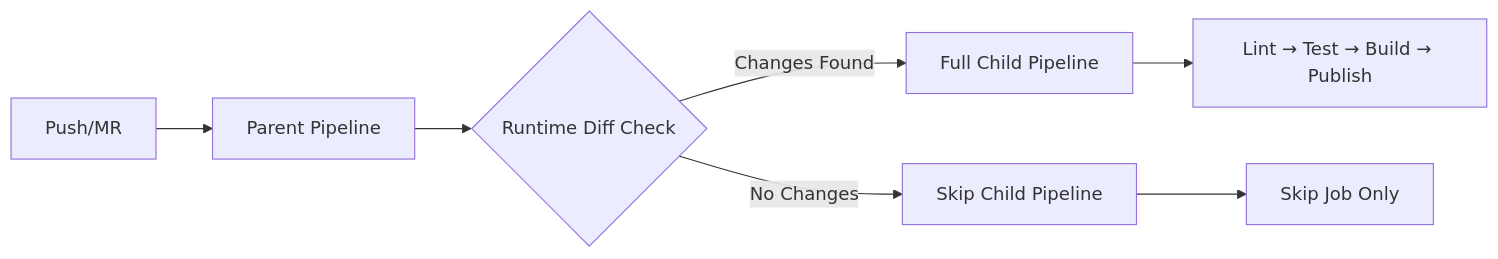
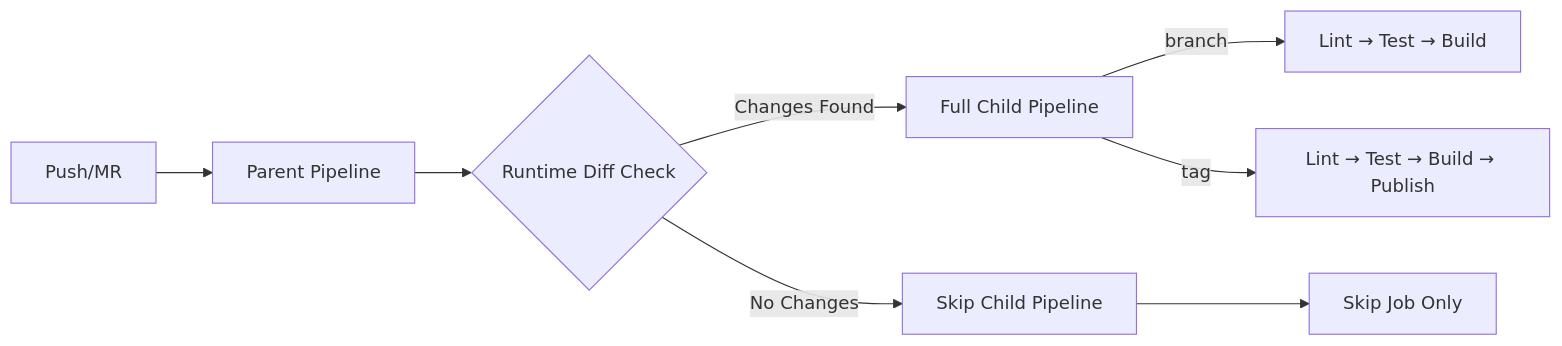
Before and after one commit to arsalanshaikh13/Parallax-Provider-Tutorial: the diagram in README.md, drawn with Mermaid.

Commit message:
polished readme.md file added branch and tag tree in mermaid diagram

````diff
--- a/README.md
+++ b/README.md
@@ -64,9 +64,10 @@
 ```mermaid
 graph LR
     A[Push/MR] --> B[Parent Pipeline]
     B --> C{Runtime Diff Check}
     C -->|Changes Found| D[Full Child Pipeline]
     C -->|No Changes| E[Skip Child Pipeline]
-    D --> F[Lint → Test → Build → Publish]
-    E --> G[Skip Job Only]
+    D --> |branch| F[Lint → Test → Build ]
+    D --> |tag| G[Lint → Test → Build → Publish]
+    E --> H[Skip Job Only]
 ```
````
